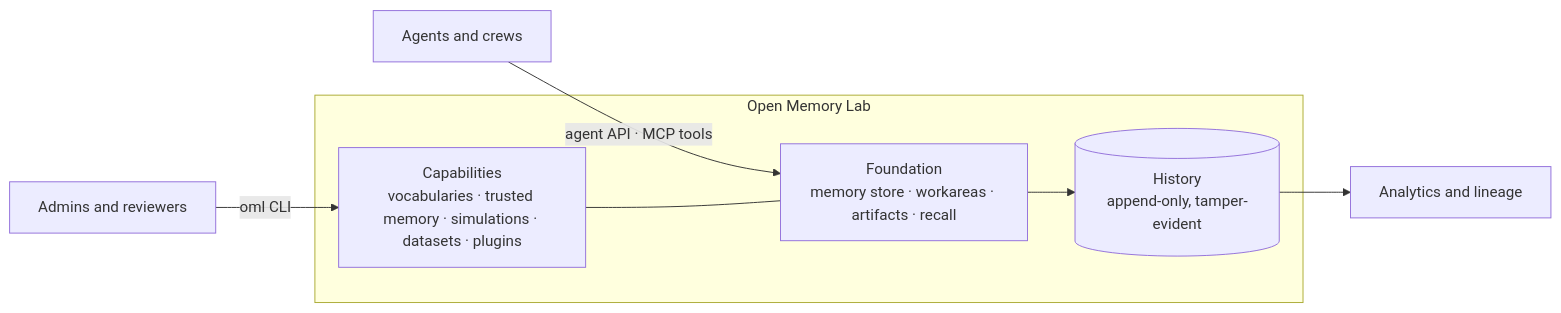
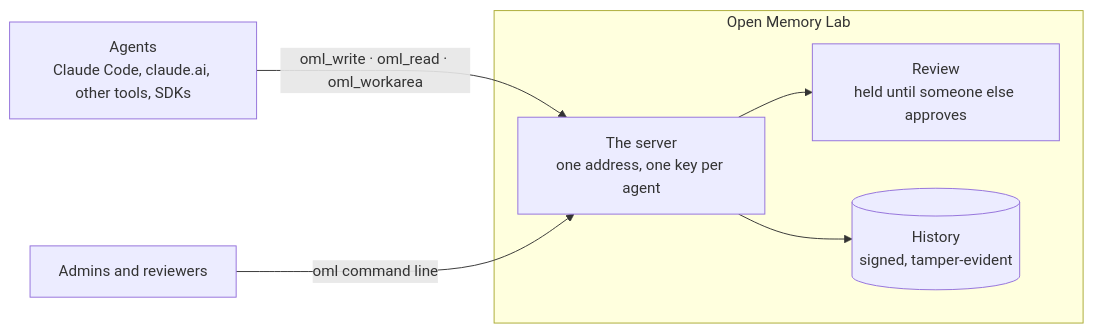
One commit to e8kor/open-memory-lab changed the diagram in README.md. Above: the diagram before and after it, drawn with Mermaid. The commit also changed other lines of this file and 24 other files, not shown here.

````diff
--- a/README.md
+++ b/README.md
@@ -228,13 +230,12 @@
 ```mermaid
 flowchart LR
-    A["Agents and crews"] -->|"agent API · MCP tools"| F
-    H["Admins and reviewers"] -->|"oml CLI"| C
+    A["Agents<br/>Claude Code, claude.ai, other tools, SDKs"] -->|"oml_write · oml_read · oml_workarea"| S
+    H["Admins and reviewers"] -->|"oml command line"| S
     subgraph OML["Open Memory Lab"]
-      F["Foundation<br/>memory store · workareas · artifacts · recall"]
-      C["Capabilities<br/>vocabularies · trusted memory · simulations · datasets · plugins"]
-      J[("History<br/>append-only, tamper-evident")]
-      C --- F
-      F --> J
+      S["The server<br/>one address, one key per agent"]
+      R["Review<br/>held until someone else approves"]
+      J[("History<br/>signed, tamper-evident")]
+      S --> R
+      S --> J
     end
-    J --> L["Analytics and lineage"]
 ```
````
